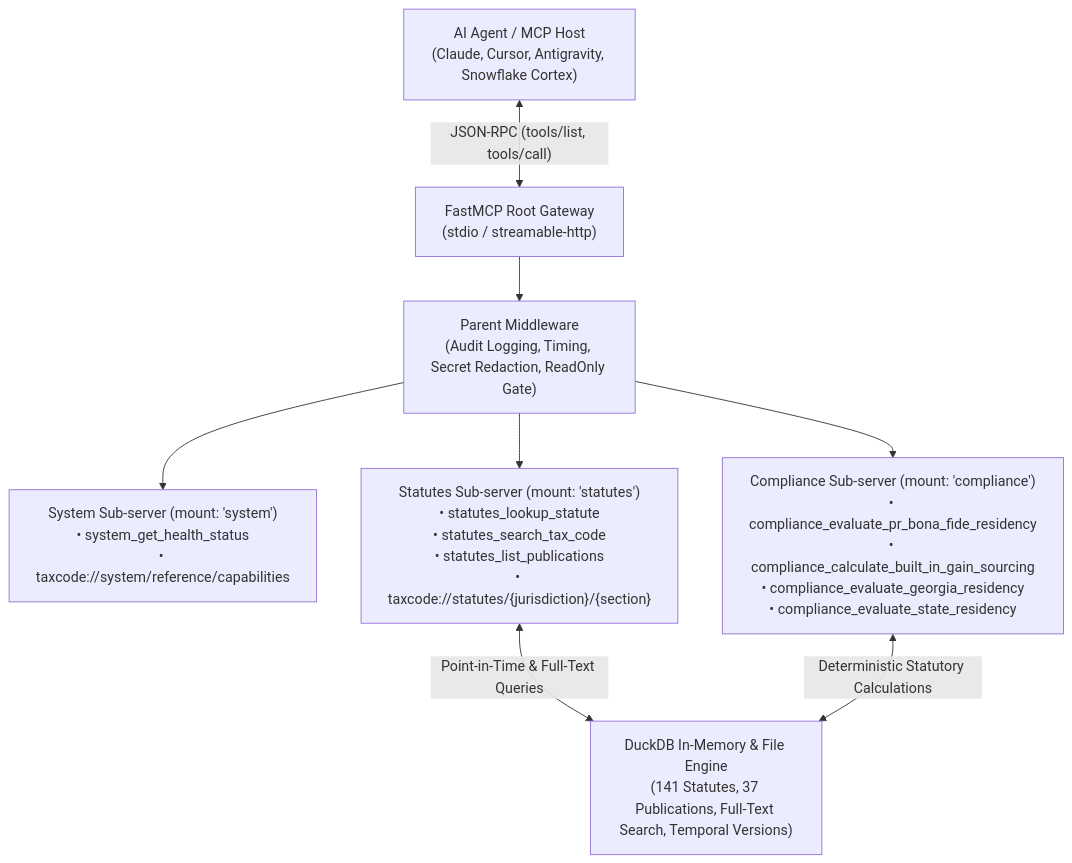
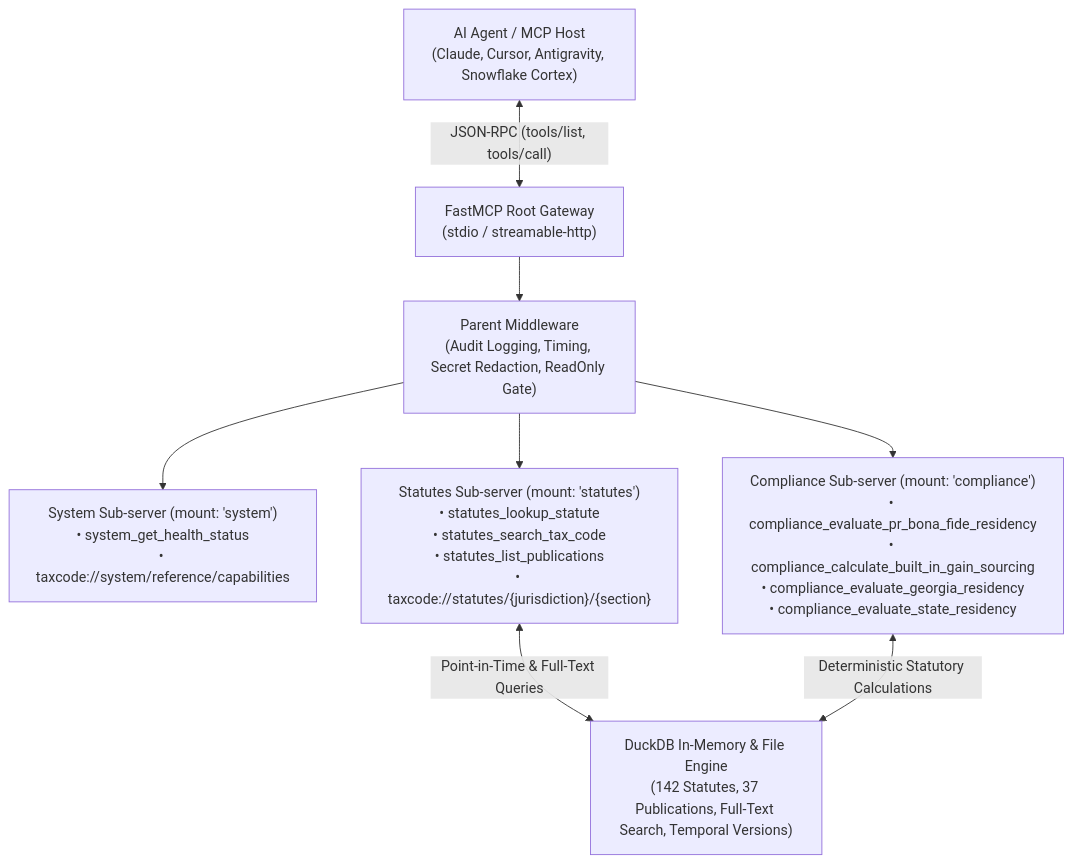
The diagram in README.md (christianclaudio/mcp-server-taxcode), drawn with Mermaid before and after one commit. The commit also changed 8 other files, not shown here.

````diff
--- a/README.md
+++ b/README.md
@@ -22,18 +22,18 @@
 ```mermaid
 graph TD
     Client["AI Agent / MCP Host<br>(Claude, Cursor, Antigravity, Snowflake Cortex)"]
     Gateway["FastMCP Root Gateway<br>(stdio / streamable-http)"]
     ParentMW["Parent Middleware<br>(Audit Logging, Timing, Secret Redaction, ReadOnly Gate)"]
     SysSub["System Sub-server (mount: 'system')<br>• system_get_health_status<br>• taxcode://system/reference/capabilities"]
     StatSub["Statutes Sub-server (mount: 'statutes')<br>• statutes_lookup_statute<br>• statutes_search_tax_code<br>• statutes_list_publications<br>• taxcode://statutes/{jurisdiction}/{section}"]
     CompSub["Compliance Sub-server (mount: 'compliance')<br>• compliance_evaluate_pr_bona_fide_residency<br>• compliance_calculate_built_in_gain_sourcing<br>• compliance_evaluate_georgia_residency<br>• compliance_evaluate_state_residency"]
-    DuckDB["DuckDB In-Memory & File Engine<br>(141 Statutes, 37 Publications, Full-Text Search, Temporal Versions)"]
+    DuckDB["DuckDB In-Memory & File Engine<br>(142 Statutes, 37 Publications, Full-Text Search, Temporal Versions)"]
 
     Client <-->|"JSON-RPC (tools/list, tools/call)"| Gateway
     Gateway --> ParentMW
     ParentMW --> SysSub
     ParentMW --> StatSub
     ParentMW --> CompSub
     StatSub <-->|"Point-in-Time & Full-Text Queries"| DuckDB
     CompSub <-->|"Deterministic Statutory Calculations"| DuckDB
 ```
````
